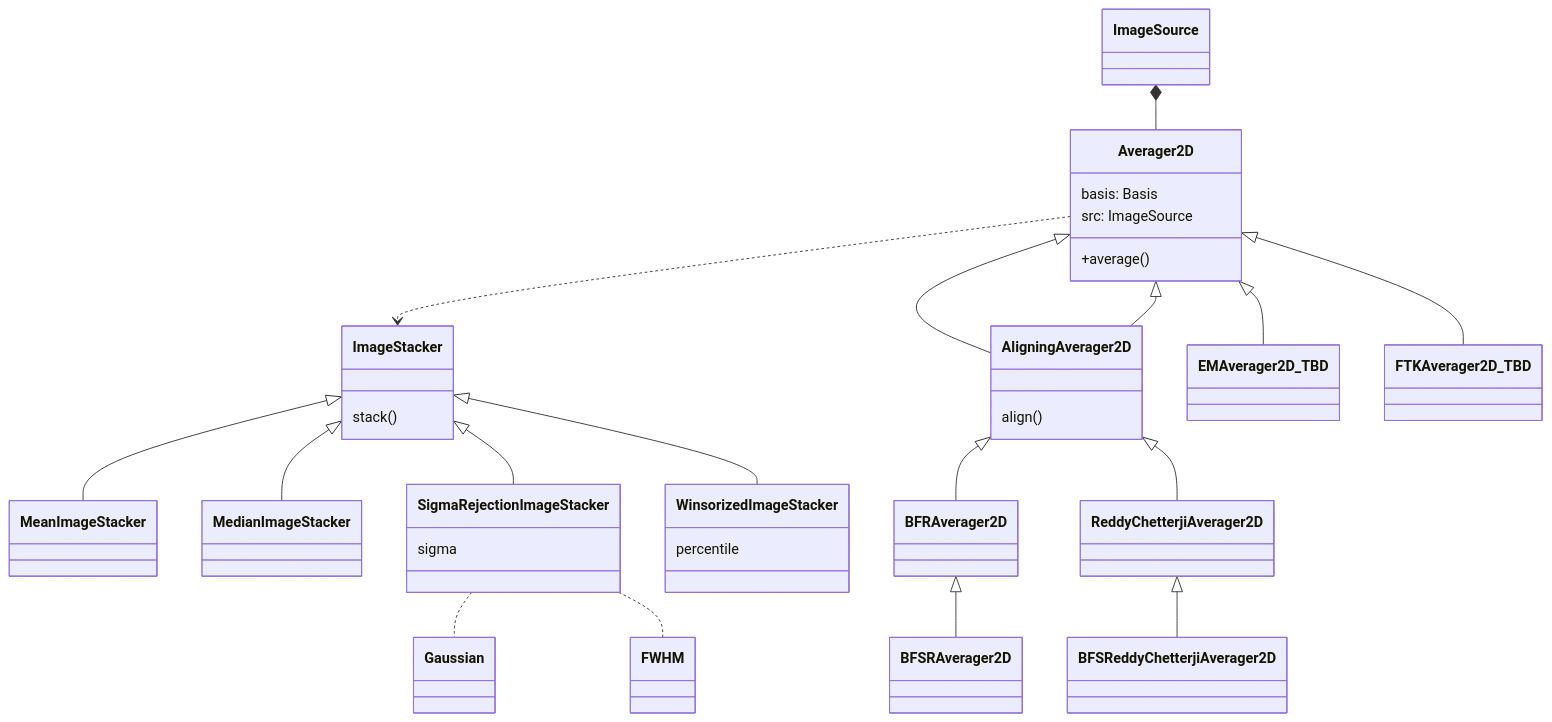
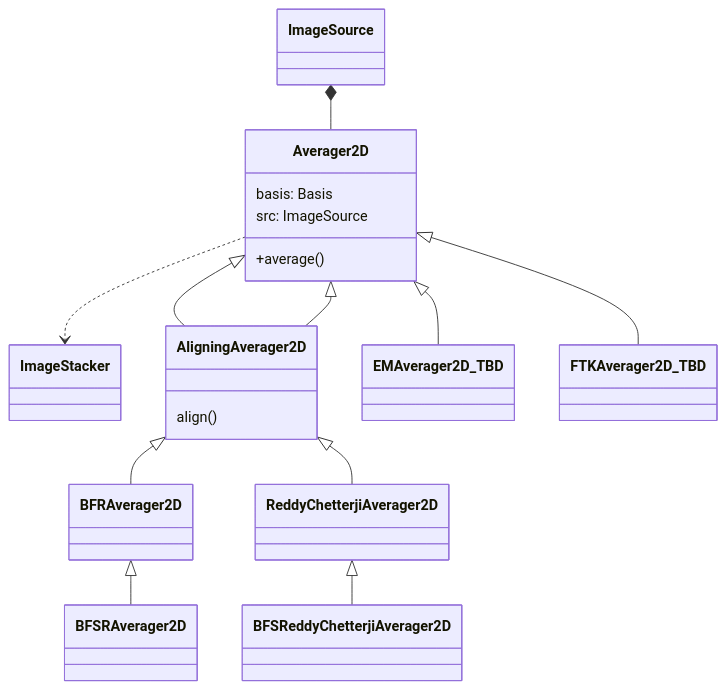
One commit to ComputationalCryoEM/ASPIRE-Python changed the sixth of 7 diagrams in docs/source/class_source.rst. Above: the diagram before and after it, drawn with Mermaid.

Commit message:
breakup the ImageStacker and Averager diagrams

```diff
--- a/docs/source/class_source.rst
+++ b/docs/source/class_source.rst
@@ -288,37 +288,21 @@
 .. mermaid::
 
    classDiagram
 	class Averager2D{
 	    basis: Basis
 	    src: ImageSource
 	    +average()
 	}
 	Averager2D ..> ImageStacker
 	Averager2D <|-- AligningAverager2D
 	class AligningAverager2D{
 	    align()
 	}
 	ImageSource *-- Averager2D
 	Averager2D <|-- AligningAverager2D
 	Averager2D <|-- EMAverager2D_TBD
 	Averager2D <|-- FTKAverager2D_TBD
 	AligningAverager2D <|-- BFRAverager2D
 	BFRAverager2D <|-- BFSRAverager2D
 	AligningAverager2D <|-- ReddyChetterjiAverager2D
 	ReddyChetterjiAverager2D <|-- BFSReddyChetterjiAverager2D
-
-	class ImageStacker{
-	    stack()
-	}
-	class SigmaRejectionImageStacker{
-	    sigma
-	}
-	class WinsorizedImageStacker{
-	    percentile
-	}
-	ImageStacker <|-- MeanImageStacker
-	ImageStacker <|-- MedianImageStacker
-	ImageStacker <|-- SigmaRejectionImageStacker
-	SigmaRejectionImageStacker .. Gaussian
-	SigmaRejectionImageStacker .. FWHM
-	ImageStacker <|-- WinsorizedImageStacker
```
